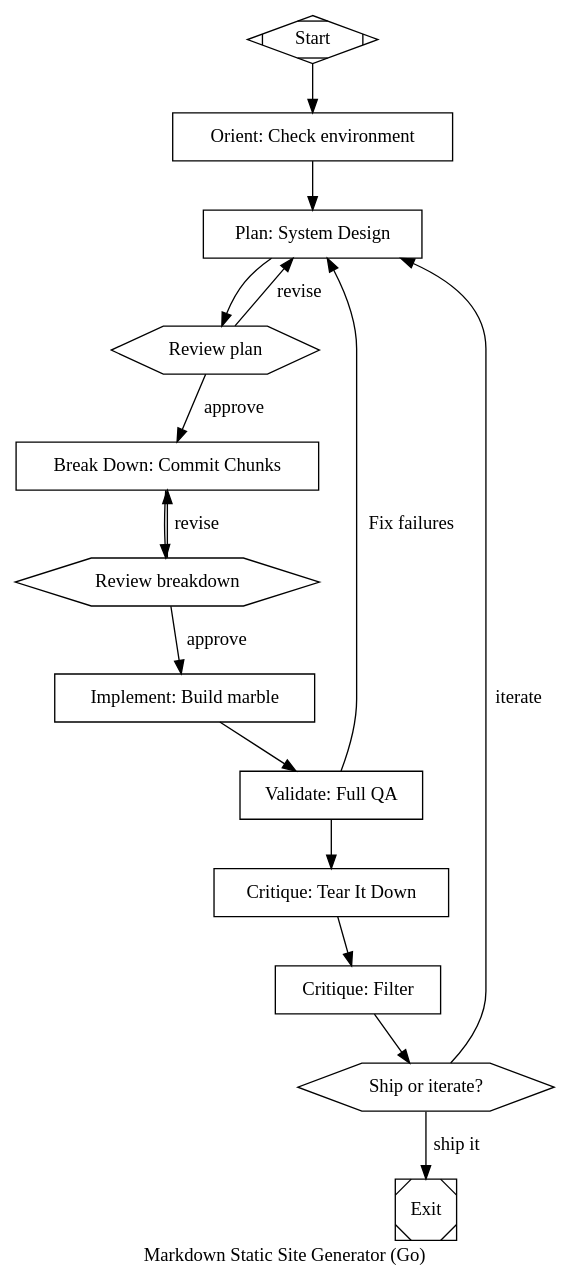
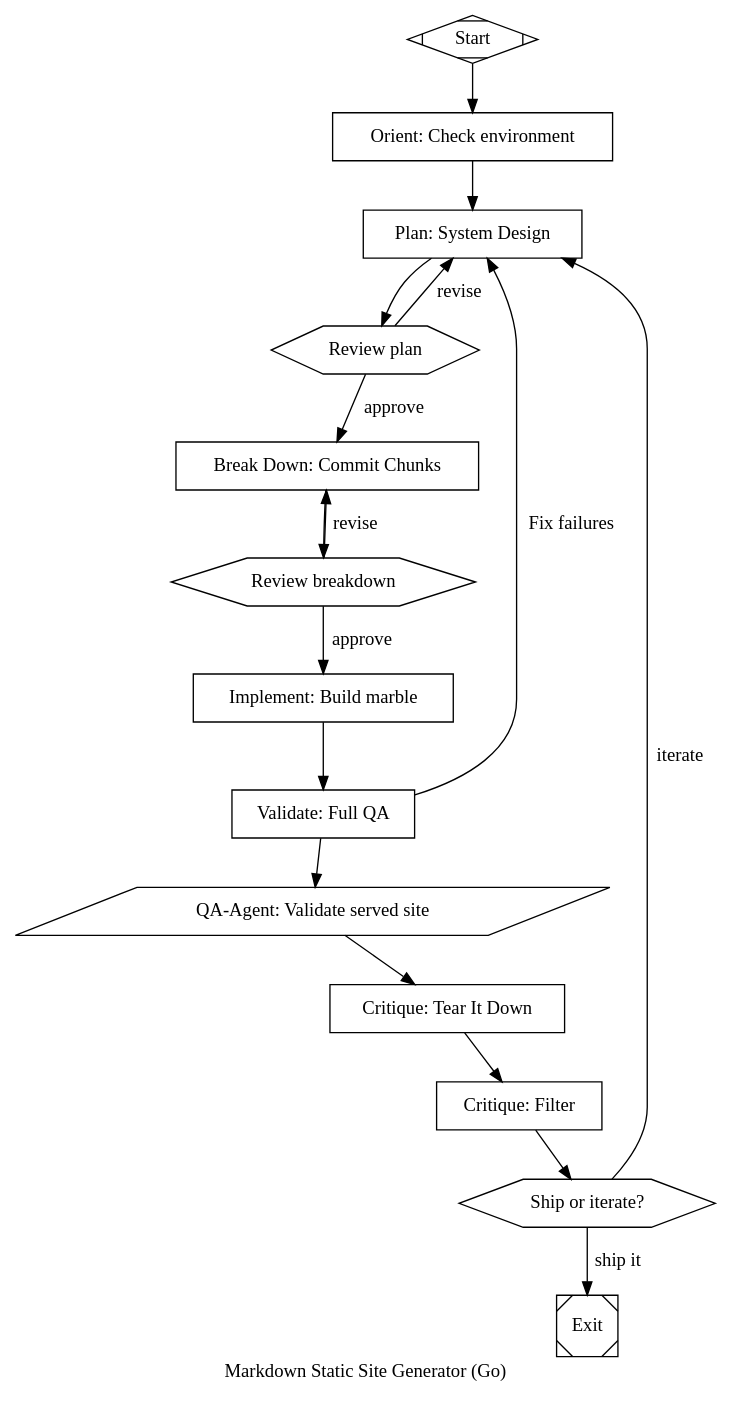
Before and after one commit to johnnyhchen/soulcaster: the diagram in dotfiles/project-markdown-static-site.dot, drawn with Graphviz. The commit also changed 40 other files, not shown here.

```diff
--- a/dotfiles/project-markdown-static-site.dot
+++ b/dotfiles/project-markdown-static-site.dot
@@ -3,6 +3,40 @@
     goal = "Build a static site generator in Go called 'marble' that converts a directory of Markdown files into a static HTML website. Features: (1) Markdown to HTML via goldmark with syntax highlighting, (2) YAML front matter for title, date, tags, and layout, (3) Go html/template based layouts with a base template, index page, and post page, (4) Built-in development server with live reload via WebSocket, (5) Tag index pages that list all posts with a given tag, (6) RSS feed generation at /feed.xml, (7) Incremental builds — only regenerate changed files based on mtime comparison. The CLI should support 'marble build', 'marble serve', and 'marble init' commands."
     label = "Markdown Static Site Generator (Go)"
     default_max_retry = 3
+
+    // ─── Definition of Done ─────────────────────────────────────────
+    //
+    //  The pipeline is complete when ALL of these are true:
+    //
+    //  BUILD
+    //    [ ] go build ./... compiles with zero errors
+    //    [ ] go vet ./... reports zero issues
+    //
+    //  TESTS
+    //    [ ] go test ./... passes all tests
+    //    [ ] Tests cover: content parsing, template rendering, build output, RSS generation
+    //
+    //  FUNCTIONAL (verified by validate node + qa-agent)
+    //    [ ] marble init test-site → scaffolds content/, layouts/, config.yaml
+    //    [ ] marble build           → generates output/ with HTML files
+    //    [ ] output/index.html      → contains links to all posts
+    //    [ ] output/posts/*.html    → rendered markdown with layout applied
+    //    [ ] output/tags/*/index.html → one page per unique tag
+    //    [ ] output/feed.xml        → valid RSS 2.0 with <item> entries
+    //    [ ] marble serve            → starts HTTP server on localhost
+    //    [ ] Incremental: touch one .md, rebuild → only that file regenerated
+    //    [ ] marble --help           → shows usage for init, build, serve
+    //
+    //  QA-AGENT VERIFICATION
+    //    [ ] qa-agent validates: GET / returns HTML 200, GET /feed.xml returns XML 200,
+    //        GET /posts/first-post/ returns HTML 200, GET /tags/go/ returns HTML 200
+    //
+    //  QUALITY
+    //    [ ] No path traversal — content paths cannot escape output directory
+    //    [ ] Template errors produce clear messages, not panics
+    //    [ ] RSS feed validates against RSS 2.0 spec structure
+    //
+    // ─────────────────────────────────────────────────────────────────
 
     // ─── Model Stylesheet ────────────────────────────────────────────
     model_stylesheet = "
@@ -157,6 +191,17 @@
     ]
 
     // ═══════════════════════════════════════════════════════════════════
+    //  PHASE 4b: QA-AGENT VALIDATION
+    //  Build a test site, start marble serve, run qa-agent against it.
+    // ═══════════════════════════════════════════════════════════════════
+
+    qa_agent_validate [
+        shape=parallelogram,
+        label="QA-Agent: Validate served site",
+        tool_command="cd $PROJECT_ROOT && go build -o marble ./cmd/marble 2>/dev/null && rm -rf /tmp/marble-qa-site && ./marble init /tmp/marble-qa-site && cd /tmp/marble-qa-site && $PROJECT_ROOT/marble build && $PROJECT_ROOT/marble serve --port 9200 & MARBLE_PID=$! && sleep 2 && cd $HOME/qa-agent && go run ./cmd/qa-agent run --feature 'GET http://localhost:9200/ returns HTML with status 200 containing links to posts. GET http://localhost:9200/feed.xml returns XML with status 200 containing item elements. GET http://localhost:9200/posts/ returns HTML with status 200. GET http://localhost:9200/tags/ returns HTML with status 200.' --surfaces api --budget-steps 30 --budget-minutes 3 --output-dir /tmp/qa-marble-run 2>&1; QA_EXIT=$?; kill $MARBLE_PID 2>/dev/null; exit $QA_EXIT"
+    ]
+
+    // ═══════════════════════════════════════════════════════════════════
     //  PHASE 5: CRITIQUE
     // ═══════════════════════════════════════════════════════════════════
 
@@ -208,8 +253,10 @@
     review_breakdown -> breakdown [label="revise"]
 
     implement -> validate
-    validate -> critique_harsh [condition="outcome=success"]
+    validate -> qa_agent_validate [condition="outcome=success"]
     validate -> plan [condition="outcome=fail", label="Fix failures"]
+
+    qa_agent_validate -> critique_harsh
 
     critique_harsh -> critique_pareto -> critique_gate
     critique_gate -> exit [label="ship it"]
```
